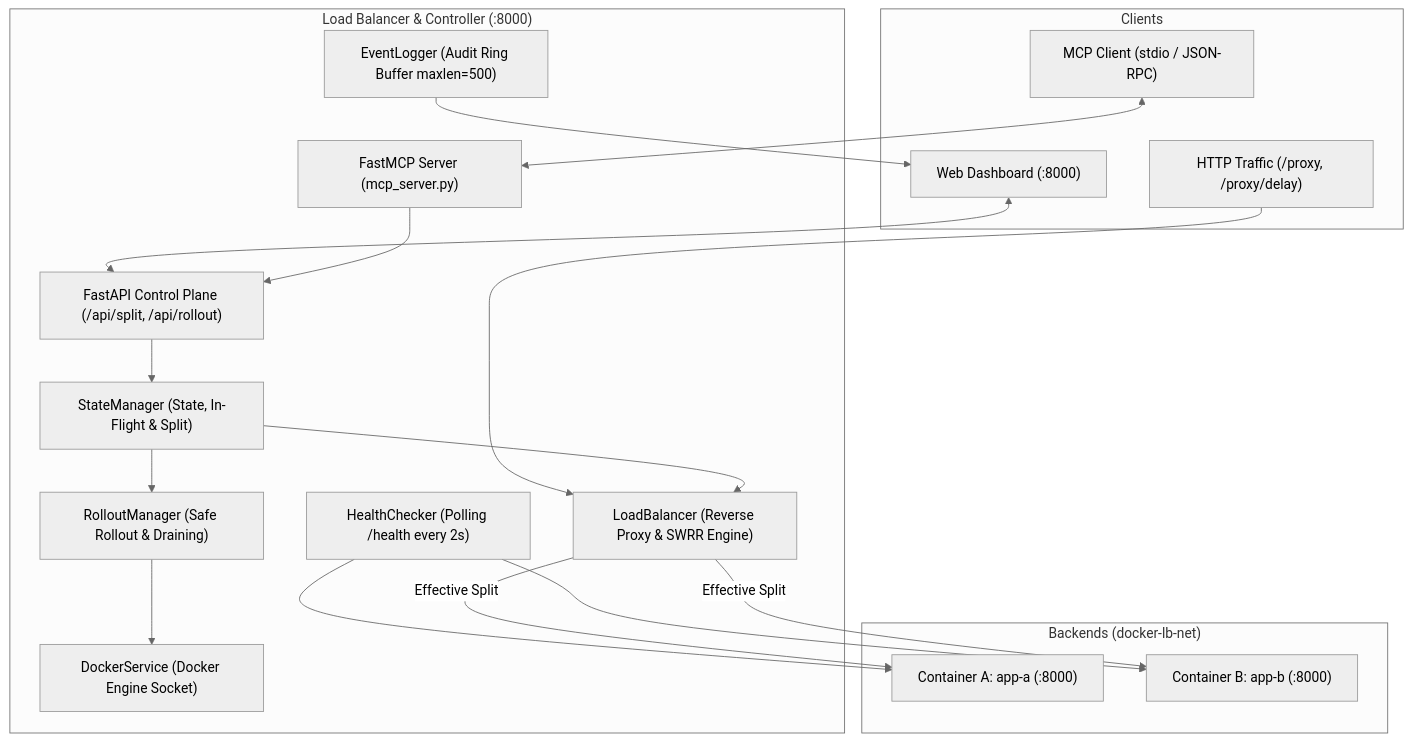
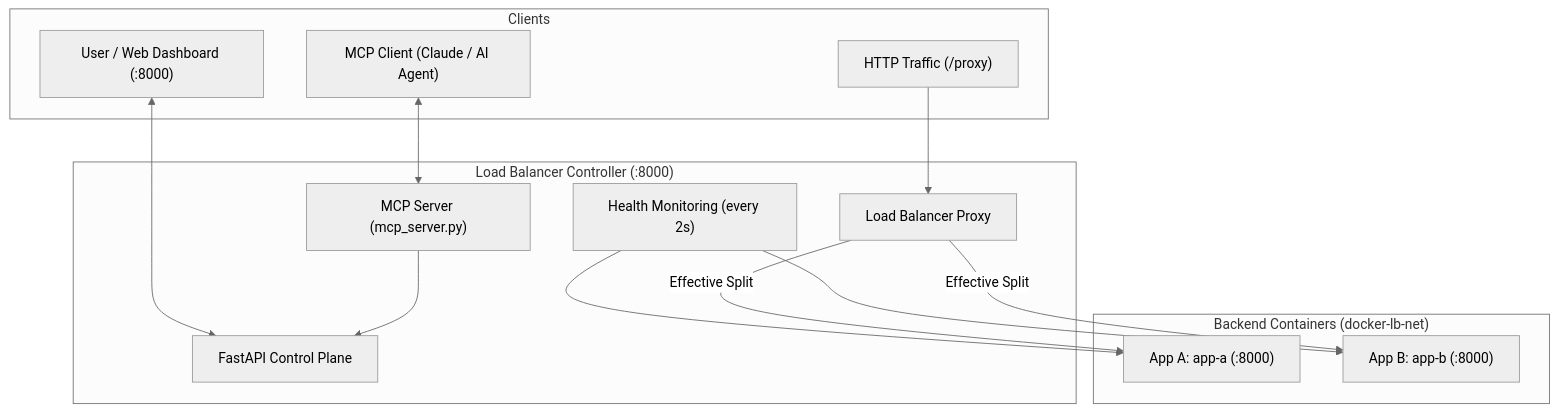
The diagram in README.md (ViditMahajan/Docker-Load-Balancer-with-MCP-Controls), drawn with Mermaid (neutral theme) before and after one commit. The commit also changed other lines of this file and 10 other files, not shown here.

````diff
--- a/README.md
+++ b/README.md
@@ -50,38 +19,29 @@
 ```mermaid
 flowchart TD
     subgraph Clients["Clients"]
-        HTTP["HTTP Traffic (/proxy, /proxy/delay)"]
-        UI["Web Dashboard (:8000)"]
-        MCP["MCP Client (stdio / JSON-RPC)"]
+        User["User / Web Dashboard (:8000)"]
+        MCP["MCP Client (Claude / AI Agent)"]
+        HTTP["HTTP Traffic (/proxy)"]
     end
 
-    subgraph Controller["Load Balancer & Controller (:8000)"]
-        API["FastAPI Control Plane (/api/split, /api/rollout)"]
-        MCP_SERVER["FastMCP Server (mcp_server.py)"]
-        SM["StateManager (State, In-Flight & Split)"]
-        LB["LoadBalancer (Reverse Proxy & SWRR Engine)"]
-        HC["HealthChecker (Polling /health every 2s)"]
-        RM["RolloutManager (Safe Rollout & Draining)"]
-        EL["EventLogger (Audit Ring Buffer maxlen=500)"]
-        DS["DockerService (Docker Engine Socket)"]
+    subgraph Controller["Load Balancer Controller (:8000)"]
+        API["FastAPI Control Plane"]
+        MCP_SERVER["MCP Server (mcp_server.py)"]
+        LB["Load Balancer Proxy"]
+        HM["Health Monitoring (every 2s)"]
     end
 
-    subgraph Containers["Backends (docker-lb-net)"]
-        A["Container A: app-a (:8000)"]
-        B["Container B: app-b (:8000)"]
+    subgraph Containers["Backend Containers (docker-lb-net)"]
+        AppA["App A: app-a (:8000)"]
+        AppB["App B: app-b (:8000)"]
     end
 
+    User <--> API
+    MCP <--> MCP_SERVER
+    MCP_SERVER --> API
     HTTP --> LB
-    UI <--> API
-    MCP <--> MCP_SERVER
-    API --> SM
-    MCP_SERVER --> API
-    SM --> LB
-    SM --> RM
-    RM --> DS
-    HC --> A
-    HC --> B
-    LB -->|Effective Split| A
-    LB -->|Effective Split| B
-    EL --> UI
+    HM --> AppA
+    HM --> AppB
+    LB -->|Effective Split| AppA
+    LB -->|Effective Split| AppB
 ```
````
